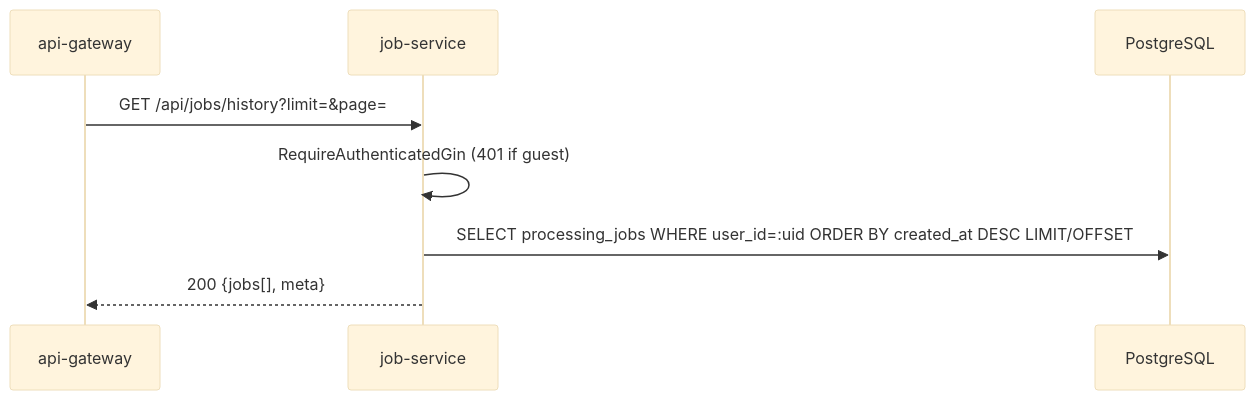
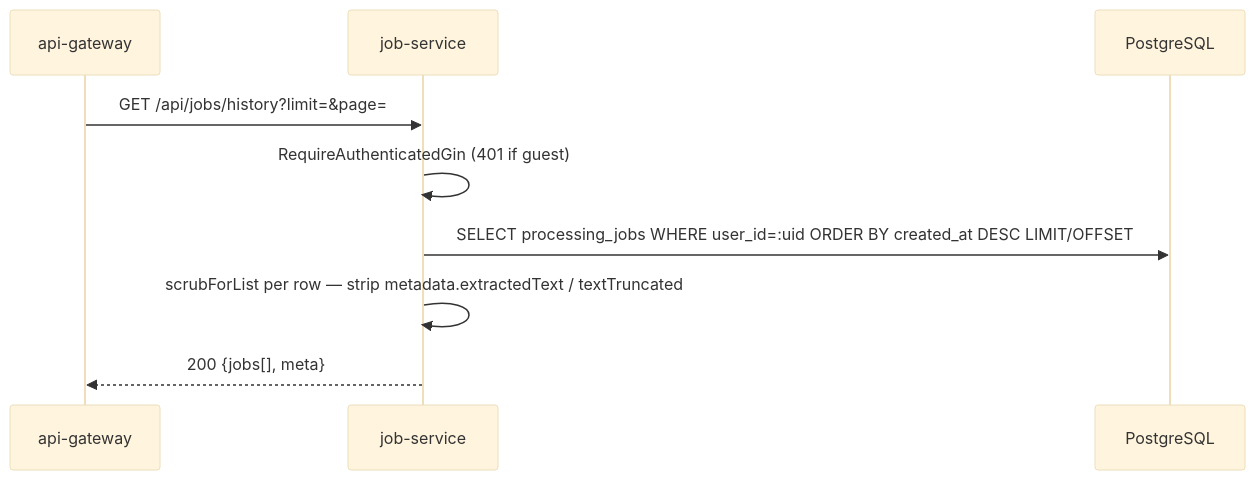
The sixth of 9 diagrams in docs/developer/mermaid/service-job-service-sequence.md (code-farms/fyredocs_backend), drawn with Mermaid (base theme) before and after one commit. The commit also changed other lines of this file and 21 other files, not shown here.

````diff
--- a/docs/developer/mermaid/service-job-service-sequence.md
+++ b/docs/developer/mermaid/service-job-service-sequence.md
@@ -203,11 +204,12 @@
 ```mermaid
 sequenceDiagram
     participant GW as api-gateway
     participant JS as job-service
     participant PG as PostgreSQL
 
     GW->>JS: GET /api/jobs/history?limit=&page=
     JS->>JS: RequireAuthenticatedGin (401 if guest)
     JS->>PG: SELECT processing_jobs WHERE user_id=:uid ORDER BY created_at DESC LIMIT/OFFSET
+    JS->>JS: scrubForList per row — strip metadata.extractedText / textTruncated
     JS-->>GW: 200 {jobs[], meta}
 ```
````
